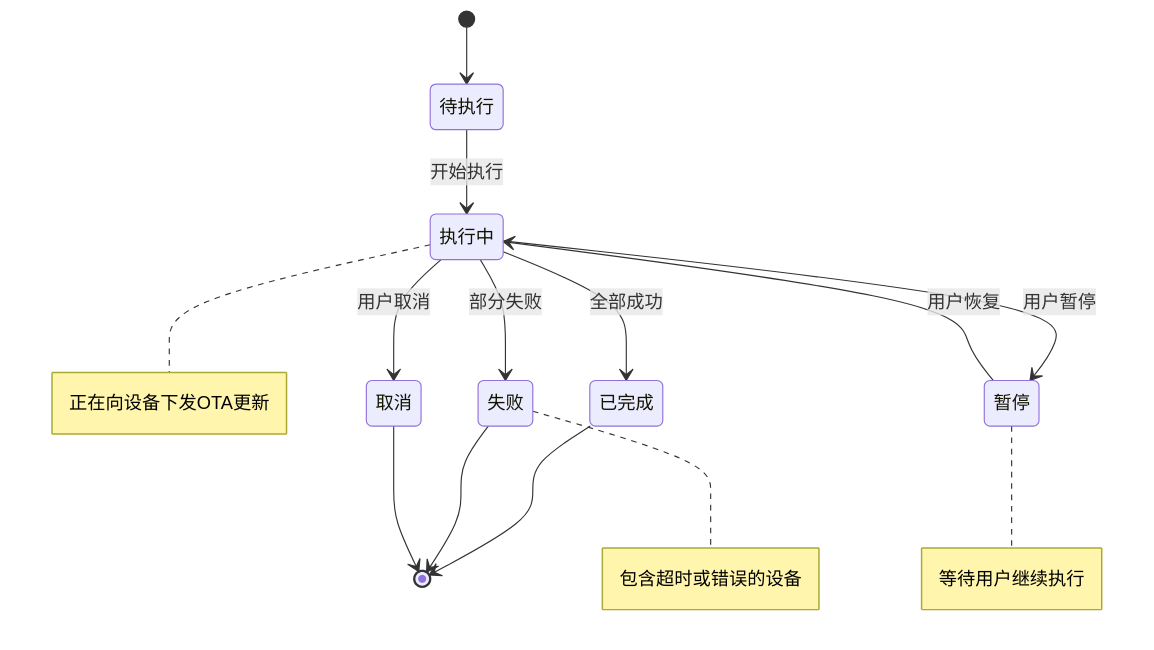
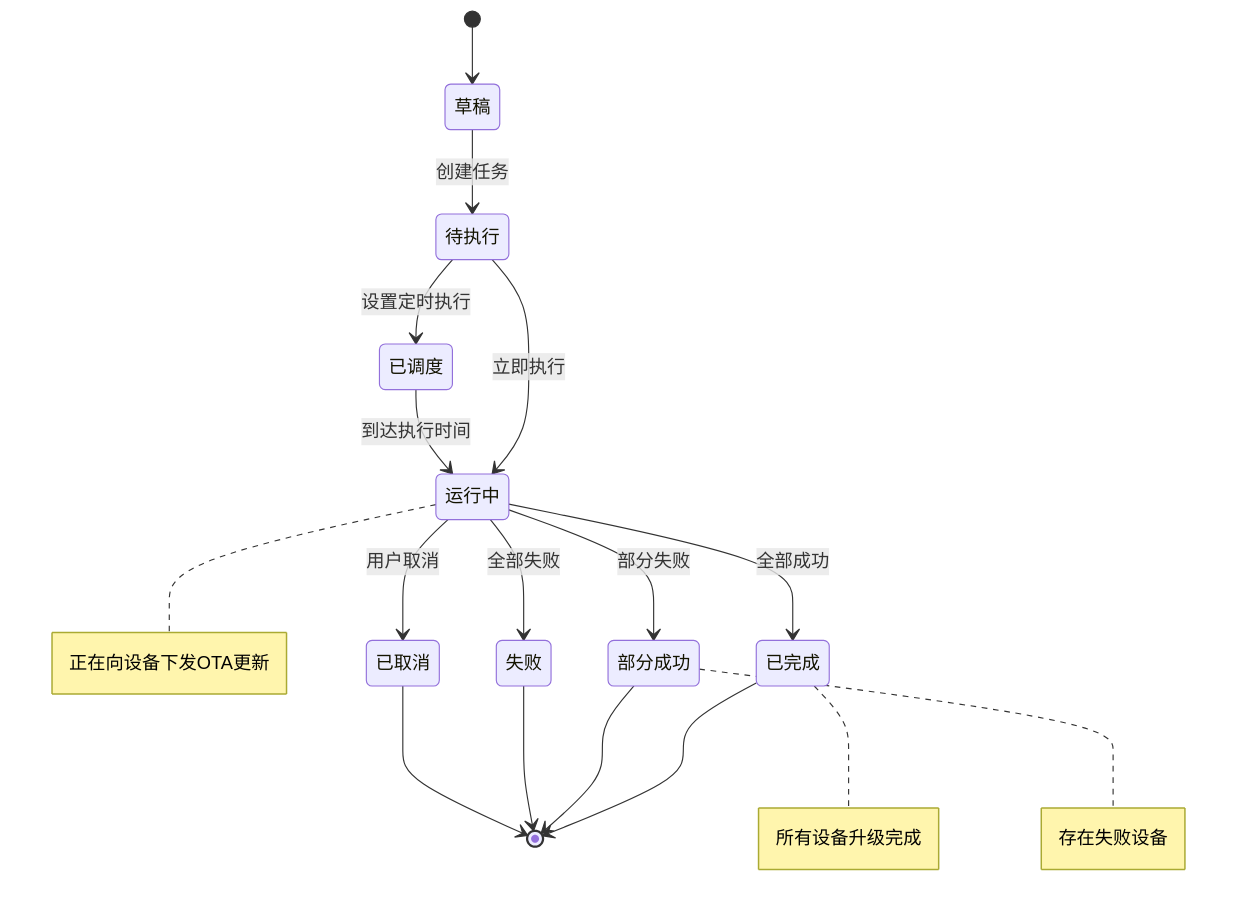
The ninth of 18 diagrams in .qoder/repowiki/zh/content/OTA升级系统/OTA任务调度/OTA任务调度.md (mcmrzy/cs_inv_monitor-develop), drawn with Mermaid before and after one commit. The commit also changed other lines of this file and 128 other files, not shown here.

````diff
--- a/.qoder/repowiki/zh/content/OTA升级系统/OTA任务调度/OTA任务调度.md
+++ b/.qoder/repowiki/zh/content/OTA升级系统/OTA任务调度/OTA任务调度.md
@@ -378,16 +464,19 @@
 ```mermaid
 stateDiagram-v2
-[*] --> 待执行
-待执行 --> 执行中 : 开始执行
-执行中 --> 已完成 : 全部成功
-执行中 --> 失败 : 部分失败
-执行中 --> 暂停 : 用户暂停
-暂停 --> 执行中 : 用户恢复
-执行中 --> 取消 : 用户取消
+[*] --> 草稿
+草稿 --> 待执行 : 创建任务
+待执行 --> 已调度 : 设置定时执行
+待执行 --> 运行中 : 立即执行
+已调度 --> 运行中 : 到达执行时间
+运行中 --> 已完成 : 全部成功
+运行中 --> 部分成功 : 部分失败
+运行中 --> 失败 : 全部失败
+运行中 --> 已取消 : 用户取消
 已完成 --> [*]
+部分成功 --> [*]
 失败 --> [*]
-取消 --> [*]
-note right of 执行中 : 正在向设备下发OTA更新
-note right of 暂停 : 等待用户继续执行
-note right of 失败 : 包含超时或错误的设备
+已取消 --> [*]
+note right of 运行中 : 正在向设备下发OTA更新
+note right of 已完成 : 所有设备升级完成
+note right of 部分成功 : 存在失败设备
 ```
````
